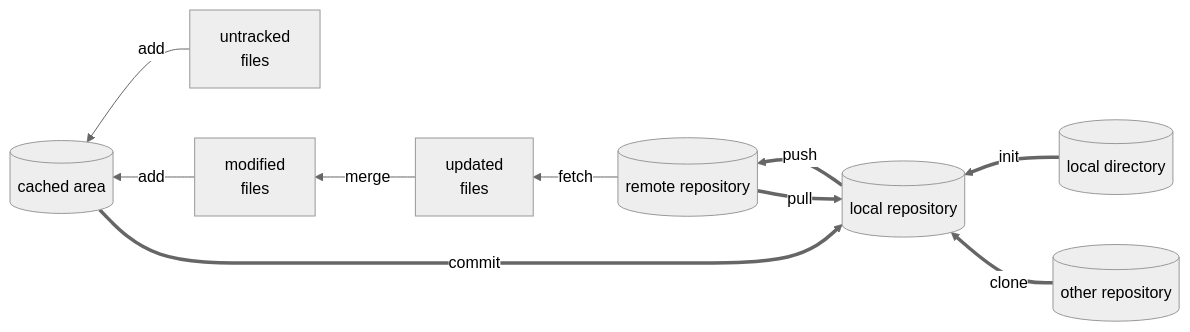
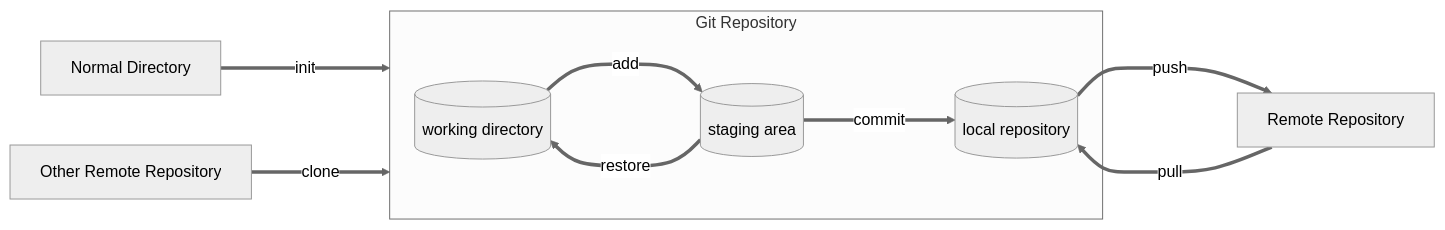
The first of 2 diagrams in git.md (TBD9rain/quick_ref), drawn with Mermaid (neutral theme) before and after one commit. The commit also changed other lines of this file, not shown here.

First line of the commit message:
working on git ref, routine commit

````diff
--- a/git.md
+++ b/git.md
@@ -72,32 +78,21 @@
 ```mermaid
-flowchart RL
-    local[("local directory")]
+flowchart LR
+    norm_dir["Normal Directory"]
+    other["Other Remote Repository"]
+    remote["Remote Repository"]
 
-    other[("other repository")]
+    subgraph git_repo ["Git Repository"]
+        work[("working directory")]
+        stage[("staging area")]
+        local[("local repository")]
 
-    cached[("cached area")]
+        work    ===> |"add"| stage
+        stage   ===> |"restore"| work
+        stage   ===> |"commit"| local
+    end
 
-    committed[("local repository")]
-
-    remote[("remote repository")]
-
-    cached      ==>|"commit"| committed
-    local       ==>|"init"| committed
-    other       ==>|"clone"| committed
-    committed   ==>|"push"| remote
-    remote      ==>|"pull"| committed
-
-    untracked["untracked
-        files"]
-
-    modified["modified
-        files"]
-
-    updated["updated
-        files"]
-
-    untracked   -->|"add"| cached
-    modified    -->|"add"| cached
-    remote      -->|"fetch"| updated
-    updated     -->|"merge"| modified
+    norm_dir    ===> |"init"| git_repo
+    other       ===> |"clone"| git_repo
+    local       ===> |"push"| remote
+    remote      ===> |"pull"| local
 ```
````
